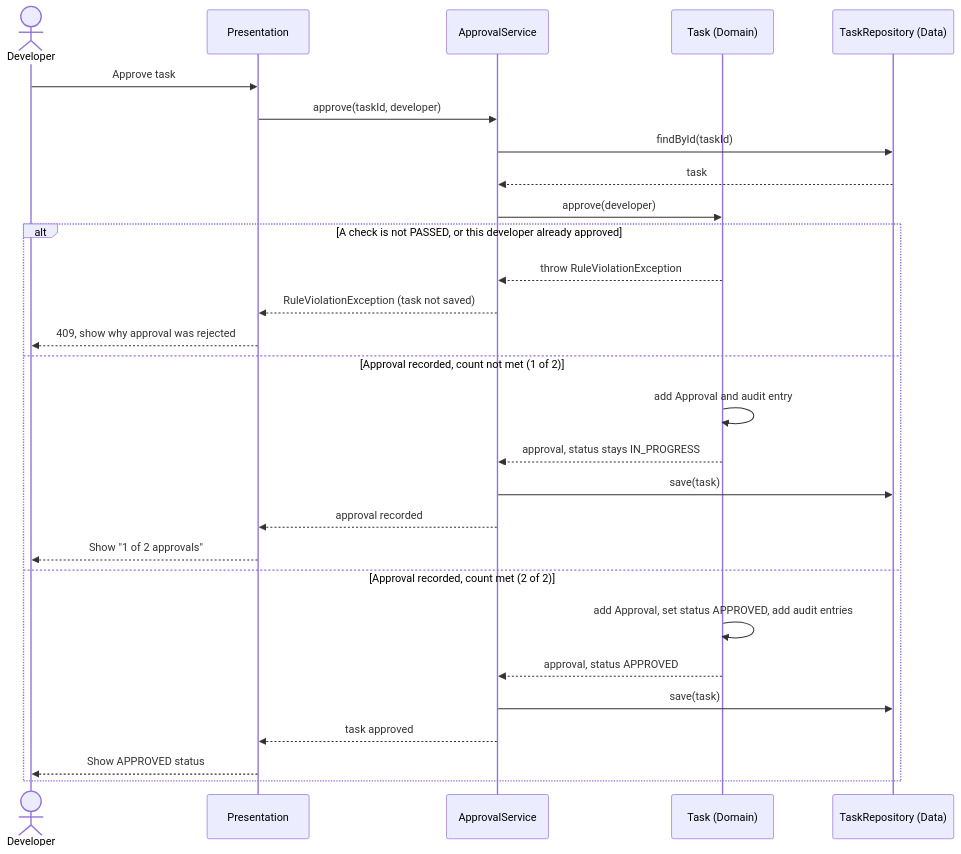
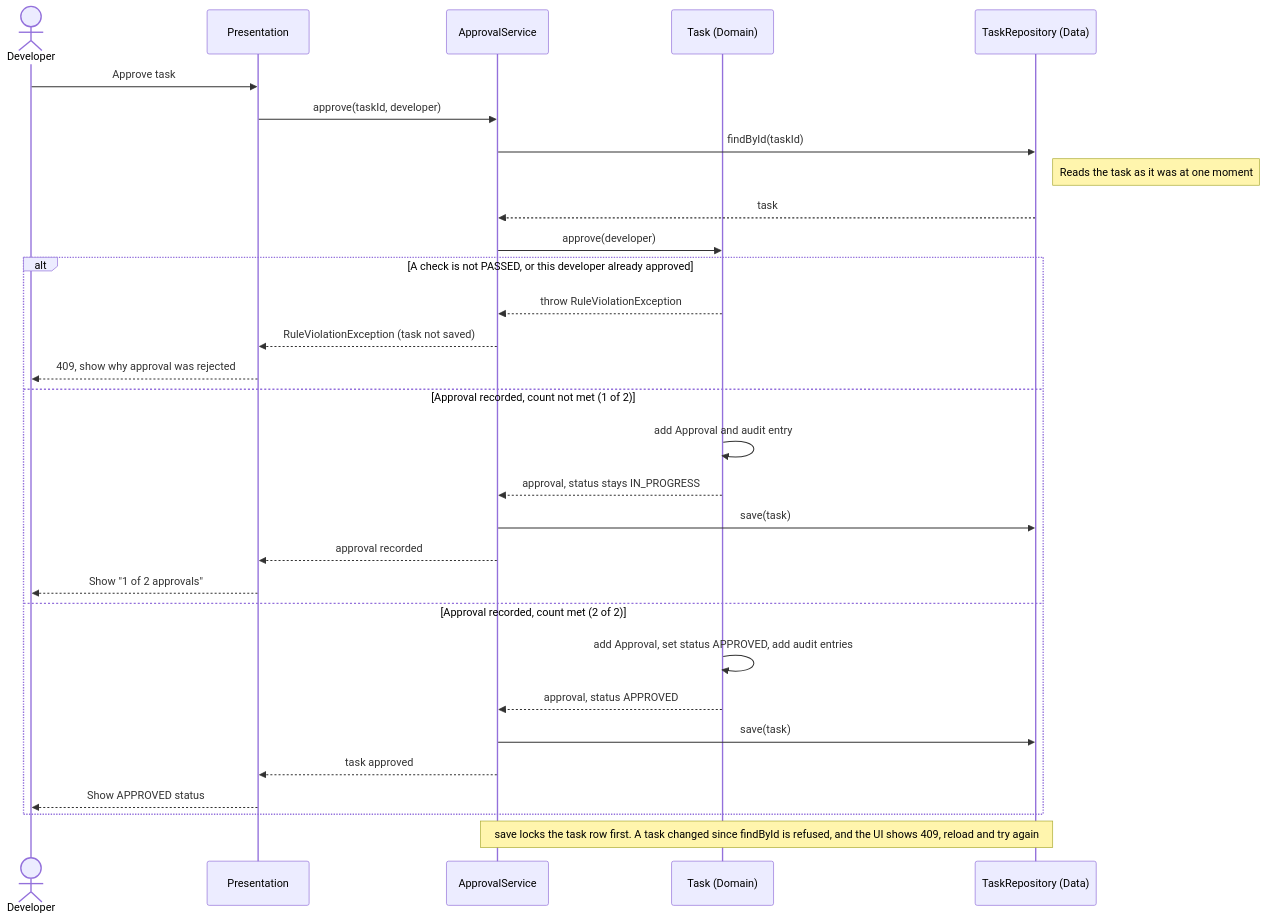
The fourth of 4 diagrams in README.md (ASantana0924/cen5064-project-santana), drawn with Mermaid before and after one commit. The commit also changed other lines of this file and 7 other files, not shown here.

First line of the commit message:
Lock the task row while saving and load each task from one snapshot

````diff
--- a/README.md
+++ b/README.md
@@ -392,32 +392,34 @@
 ```mermaid
 sequenceDiagram
     actor Developer
     participant UI as Presentation
     participant Service as ApprovalService
     participant Domain as Task (Domain)
     participant Data as TaskRepository (Data)
 
     Developer->>UI: Approve task
     UI->>Service: approve(taskId, developer)
     Service->>Data: findById(taskId)
+    Note right of Data: Reads the task as it was at one moment
     Data-->>Service: task
     Service->>Domain: approve(developer)
 
     alt A check is not PASSED, or this developer already approved
         Domain-->>Service: throw RuleViolationException
         Service-->>UI: RuleViolationException (task not saved)
         UI-->>Developer: 409, show why approval was rejected
     else Approval recorded, count not met (1 of 2)
         Domain->>Domain: add Approval and audit entry
         Domain-->>Service: approval, status stays IN_PROGRESS
         Service->>Data: save(task)
         Service-->>UI: approval recorded
         UI-->>Developer: Show "1 of 2 approvals"
     else Approval recorded, count met (2 of 2)
         Domain->>Domain: add Approval, set status APPROVED, add audit entries
         Domain-->>Service: approval, status APPROVED
         Service->>Data: save(task)
         Service-->>UI: task approved
         UI-->>Developer: Show APPROVED status
     end
+    Note over Service,Data: save locks the task row first. A task changed since findById is refused, and the UI shows 409, reload and try again
 ```
````
